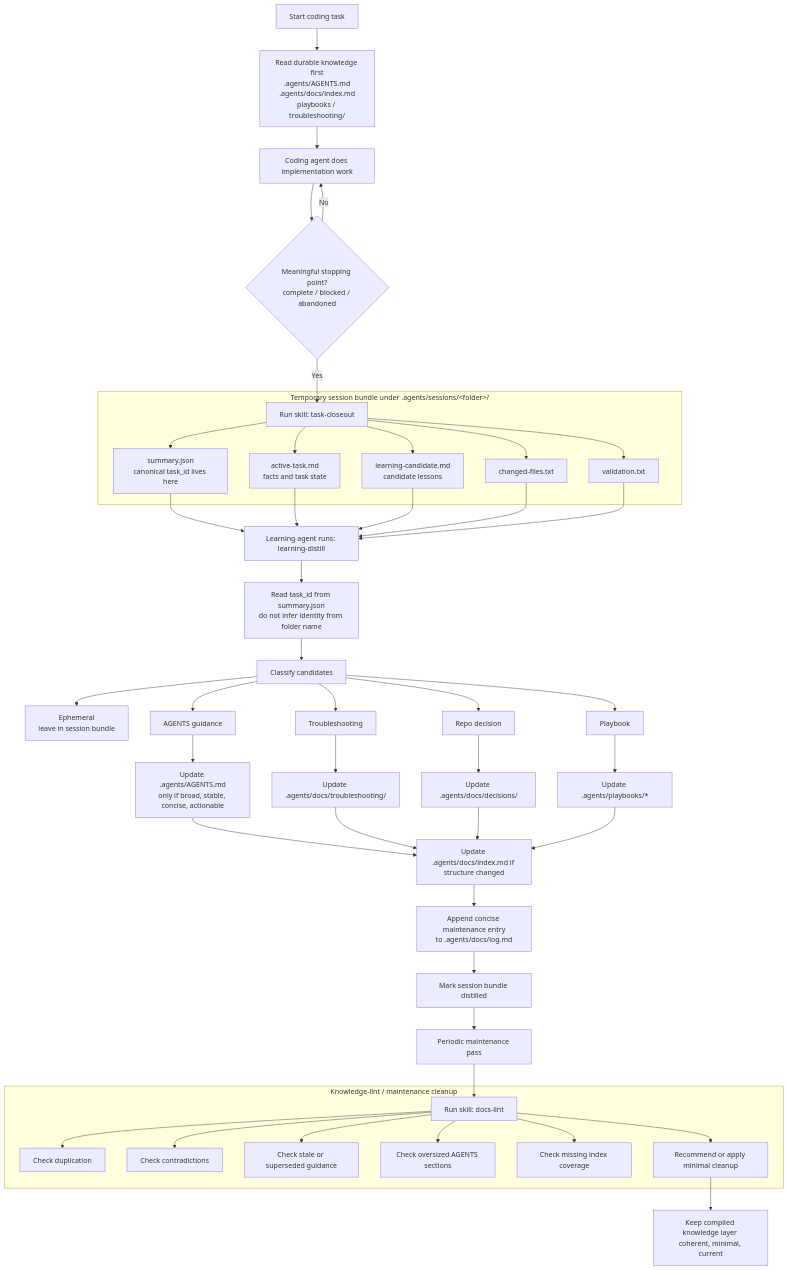
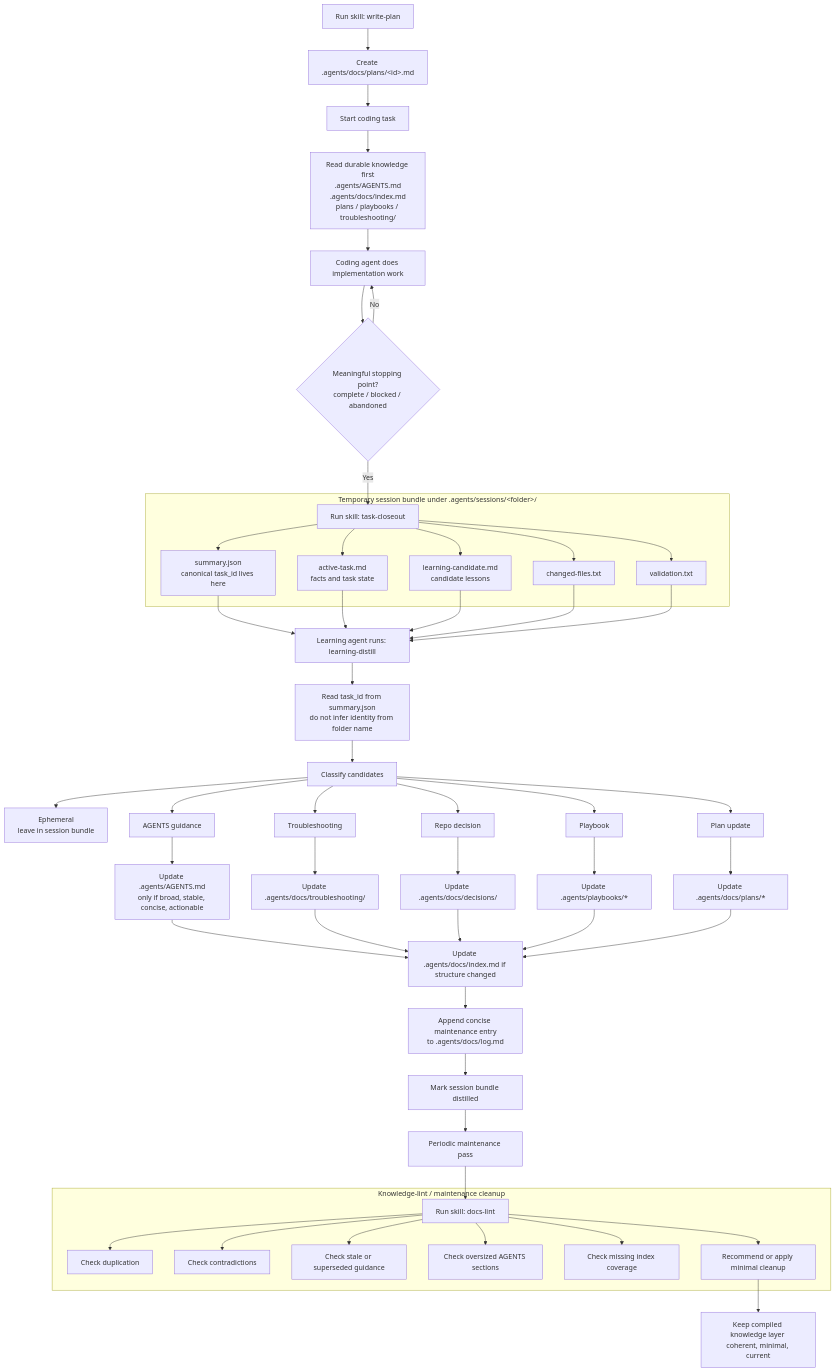
One commit to Hypercubed/Agent-Knowledge-Starter-Kit changed the diagram in docs/architecture.md. Above: the diagram before and after it, drawn with Mermaid. The commit also changed other lines of this file and 1 other file, not shown here.

First line of the commit message:
docs: add planning phase to architecture diagrams

````diff
--- a/docs/architecture.md
+++ b/docs/architecture.md
@@ -247,58 +262,63 @@
 ```mermaid
 flowchart TD
-    A[Start coding task] --> C[Read durable knowledge first<br/>.agents/AGENTS.md<br/>.agents/docs/index.md<br/>playbooks / troubleshooting/]
+    A0[Run skill: write-plan] --> A0b[Create .agents/docs/plans/&lt;id&gt;.md]
+    A0b --> A
+    A[Start coding task] --> C[Read durable knowledge first<br/>.agents/AGENTS.md<br/>.agents/docs/index.md<br/>plans / playbooks / troubleshooting/]
     C --> B[Coding agent does implementation work]
     B --> D{Meaningful stopping point?<br/>complete / blocked / abandoned}
     D -- No --> B
     D -- Yes --> E[Run skill: task-closeout]
 
     subgraph SessionBundle["Temporary session bundle under .agents/sessions/&lt;folder&gt;/"]
         E --> F[summary.json<br/>canonical task_id lives here]
         E --> G[active-task.md<br/>facts and task state]
         E --> H[learning-candidate.md<br/>candidate lessons]
         E --> I[changed-files.txt]
         E --> J[validation.txt]
     end
 
     F --> K[Learning agent runs: learning-distill]
     G --> K
     H --> K
     I --> K
     J --> K
 
     K --> L[Read task_id from summary.json<br/>do not infer identity from folder name]
     L --> M[Classify candidates]
 
     M --> M1[Ephemeral<br/>leave in session bundle]
     M --> M2[AGENTS guidance]
     M --> M3[Troubleshooting]
     M --> M4[Repo decision]
     M --> M5[Playbook]
+    M --> M6[Plan update]
 
     M2 --> N1[Update .agents/AGENTS.md<br/>only if broad, stable, concise, actionable]
     M3 --> N2[Update .agents/docs/troubleshooting/]
     M4 --> N3[Update .agents/docs/decisions/]
     M5 --> N4[Update .agents/playbooks/*]
+    M6 --> N5[Update .agents/docs/plans/*]
 
     N1 --> O[Update .agents/docs/index.md if structure changed]
     N2 --> O
     N3 --> O
     N4 --> O
+    N5 --> O
 
     O --> P[Append concise maintenance entry<br/>to .agents/docs/log.md]
     P --> Q[Mark session bundle distilled]
 
     Q --> R[Periodic maintenance pass]
     R --> S[Run skill: docs-lint]
 
     subgraph KnowledgeLint["Knowledge-lint / maintenance cleanup"]
         S --> T[Check duplication]
         S --> U[Check contradictions]
         S --> V[Check stale or superseded guidance]
         S --> W[Check oversized AGENTS sections]
         S --> X[Check missing index coverage]
         S --> Y[Recommend or apply minimal cleanup]
     end
 
     Y --> Z[Keep compiled knowledge layer coherent, minimal, current]
 ```
````
